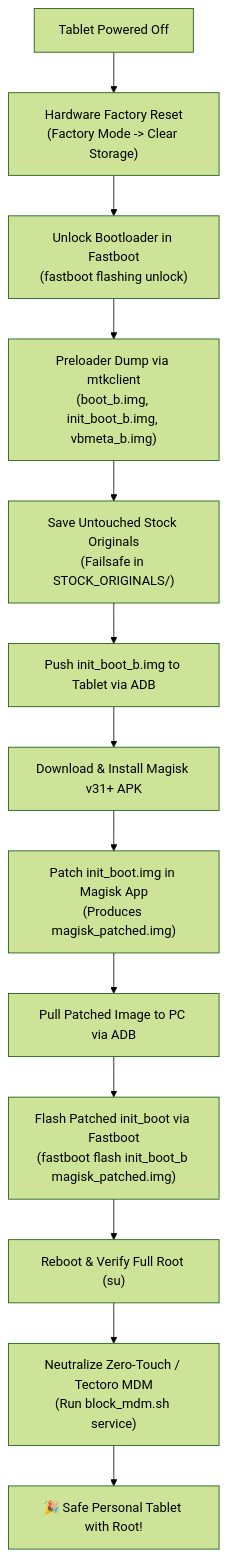
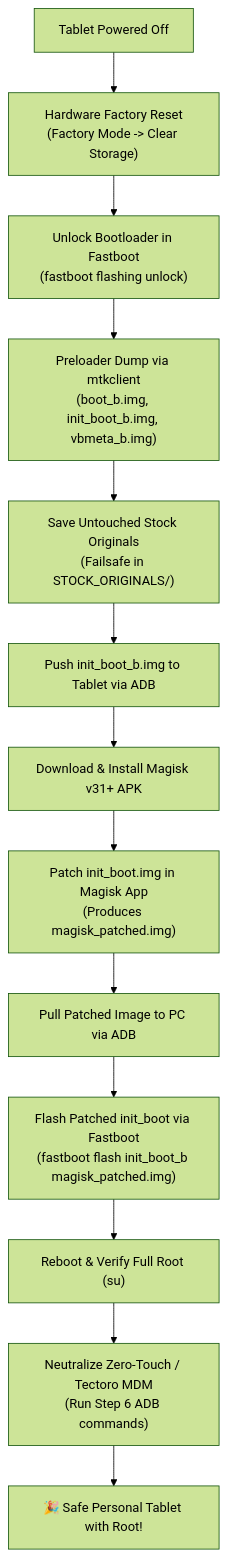
Before and after one commit to codeturbulent/Acerone8_: the diagram in README.md, drawn with Mermaid (forest theme). The commit also changed other lines of this file and 5 other files, not shown here.

````diff
--- a/README.md
+++ b/README.md
@@ -31,15 +31,15 @@
 ```mermaid
 flowchart TD
     A["Tablet Powered Off"] --> B["Hardware Factory Reset<br/>(Factory Mode -> Clear Storage)"]
     B --> C["Unlock Bootloader in Fastboot<br/>(fastboot flashing unlock)"]
     C --> D["Preloader Dump via mtkclient<br/>(boot_b.img, init_boot_b.img, vbmeta_b.img)"]
     D --> E["Save Untouched Stock Originals<br/>(Failsafe in STOCK_ORIGINALS/)"]
     E --> F["Push init_boot_b.img to Tablet via ADB"]
     F --> G["Download & Install Magisk v31+ APK"]
     G --> H["Patch init_boot.img in Magisk App<br/>(Produces magisk_patched.img)"]
     H --> I["Pull Patched Image to PC via ADB"]
     I --> J["Flash Patched init_boot via Fastboot<br/>(fastboot flash init_boot_b magisk_patched.img)"]
     J --> K["Reboot & Verify Full Root (su)"]
-    K --> L["Neutralize Zero-Touch / Tectoro MDM<br/>(Run block_mdm.sh service)"]
+    K --> L["Neutralize Zero-Touch / Tectoro MDM<br/>(Run Step 6 ADB commands)"]
     L --> M["🎉 Safe Personal Tablet with Root!"]
 ```
````
